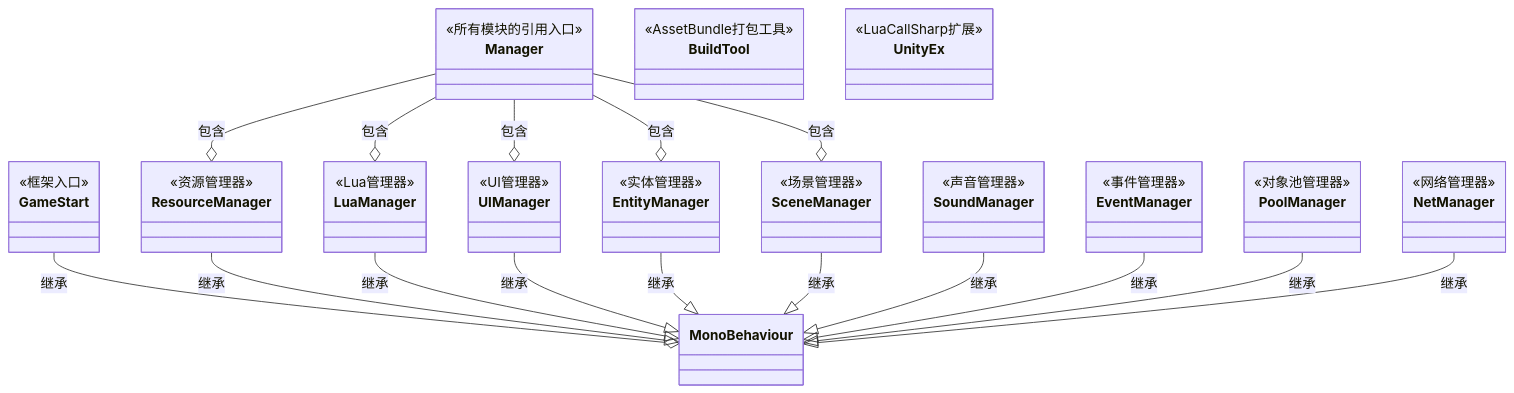
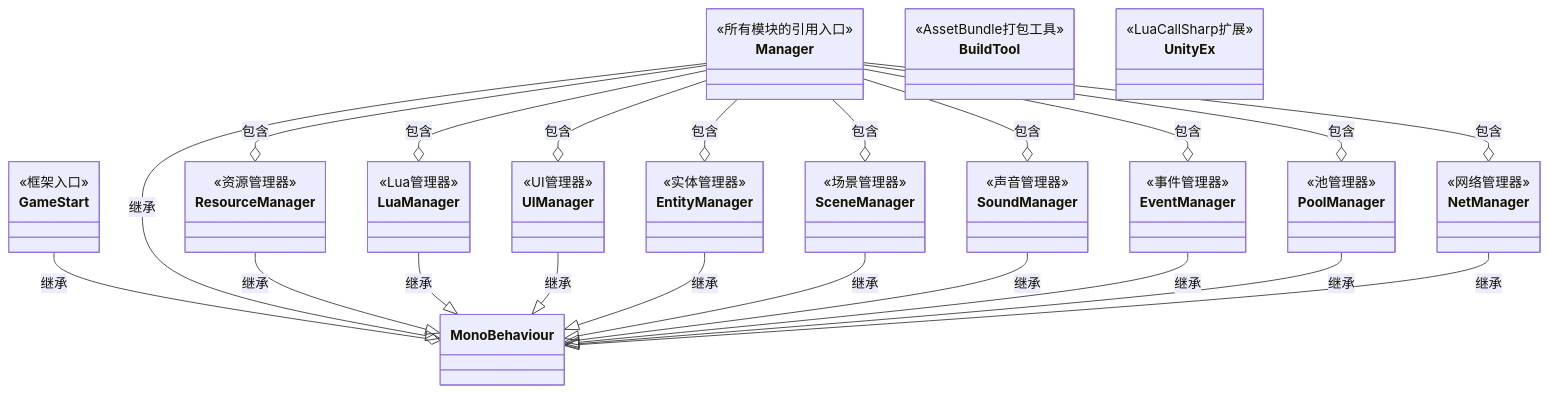
Before and after one commit to AlanWeekend/alanweekend.github.io: the first of 9 diagrams in source/_posts/a-xlua-framework.md, drawn with Mermaid. The commit also changed other lines of this file and 2 other files, not shown here.

```diff
--- a/source/_posts/a-xlua-framework.md
+++ b/source/_posts/a-xlua-framework.md
@@ -10,59 +13,62 @@
 {% mermaid %}
     classDiagram
         class GameStart{
             <<框架入口>>
-        }
-        class MonoBehaviour{
         }
         class Manager{
             <<所有模块的引用入口>>
         }
         class ResourceManager{
             <<资源管理器>>
         }
         class LuaManager{
             <<Lua管理器>>
         }
         class UIManager{
             <<UI管理器>>
         }
         class EntityManager{
             <<实体管理器>>
         }        
         class SceneManager{
             <<场景管理器>>
         }        
         class SoundManager{
             <<声音管理器>>
         }        
         class EventManager{
             <<事件管理器>>
         }        
         class PoolManager{
-            <<对象池管理器>>
+            <<池管理器>>
         }        
         class NetManager{
             <<网络管理器>>
         }
         class BuildTool{
             <<AssetBundle打包工具>>
         }
         class UnityEx{
             <<LuaCallSharp扩展>>
         }
         GameStart --o MonoBehaviour : 继承
+        Manager --|> MonoBehaviour : 继承
         ResourceManager --|> MonoBehaviour : 继承
         LuaManager --|> MonoBehaviour : 继承
         UIManager --|> MonoBehaviour : 继承
         EntityManager --|> MonoBehaviour : 继承
         SceneManager --|> MonoBehaviour : 继承
         SoundManager --|> MonoBehaviour : 继承
         EventManager --|> MonoBehaviour : 继承
         PoolManager --|> MonoBehaviour : 继承
         NetManager --|> MonoBehaviour : 继承
         Manager --o ResourceManager : 包含
         Manager --o LuaManager : 包含
         Manager --o UIManager : 包含
         Manager --o EntityManager : 包含
         Manager --o SceneManager : 包含
+        Manager --o SoundManager : 包含
+        Manager --o EventManager : 包含
+        Manager --o PoolManager : 包含
+        Manager --o NetManager : 包含
 {% endmermaid %}
```
